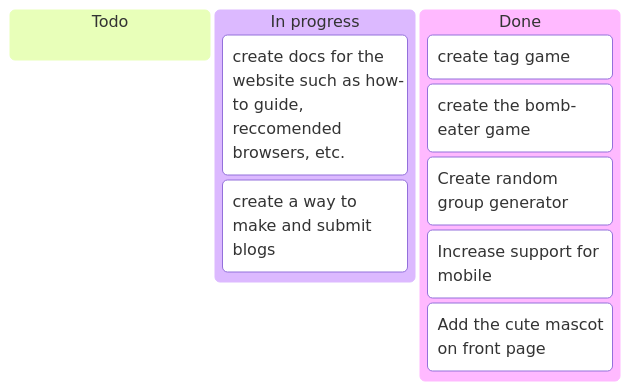
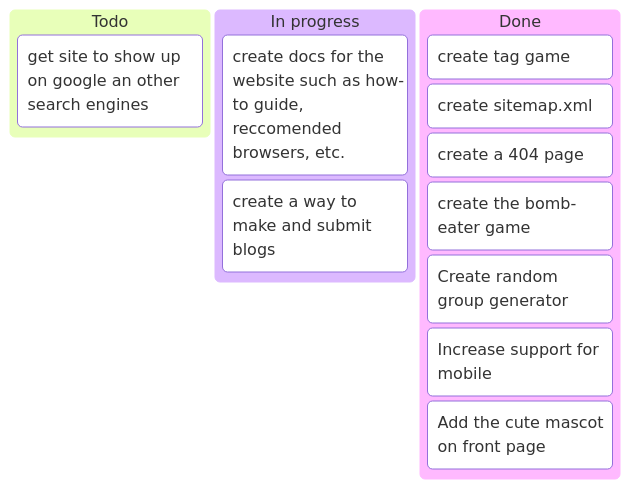
The diagram in README.md (MrCheesie/alris_games), drawn with Mermaid before and after one commit. The commit also changed 7 other files, not shown here.

````diff
--- a/README.md
+++ b/README.md
@@ -62,14 +62,17 @@
 ```mermaid
 kanban
   Todo
+    [get site to show up on google an other search engines]
   In progress
     [create docs for the website such as how-to guide, reccomended browsers, etc.]
     [create a way to make and submit blogs]
   
   Done
     [create tag game]
+    [create sitemap.xml]
+    [create a 404 page]
     [create the bomb-eater game]
     [Create random group generator]
     [Increase support for mobile]
     [Add the cute mascot on front page]
 ```
````
